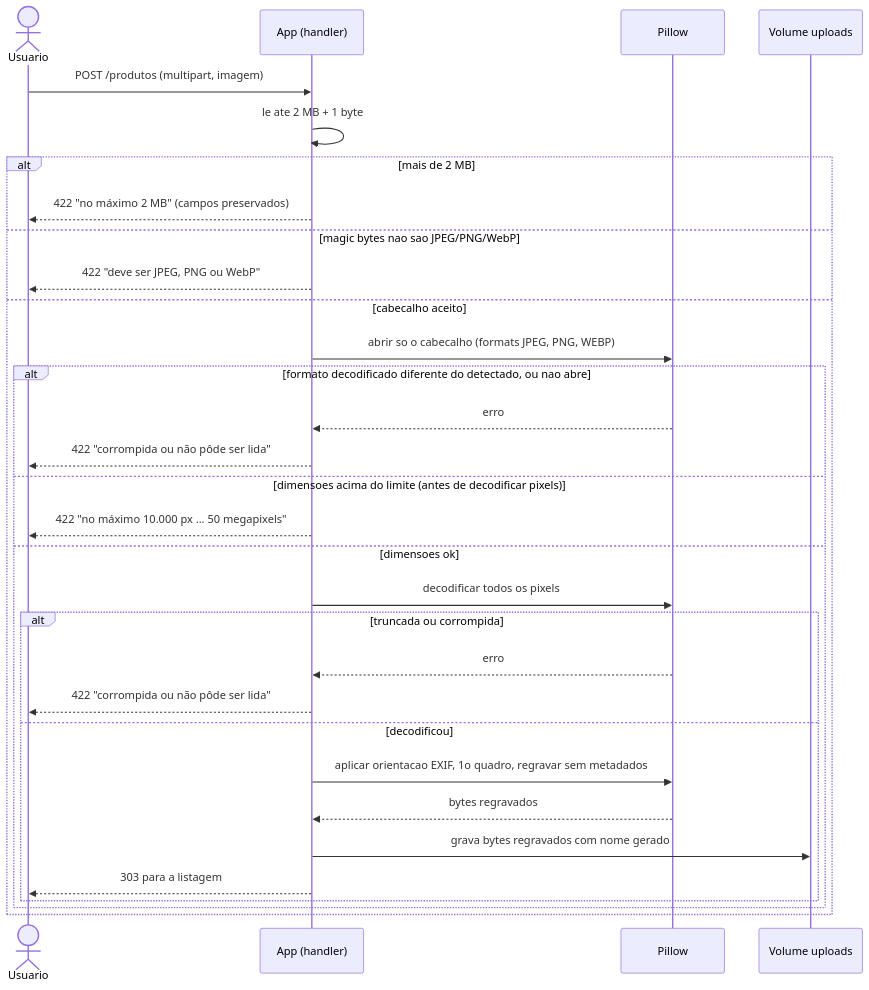
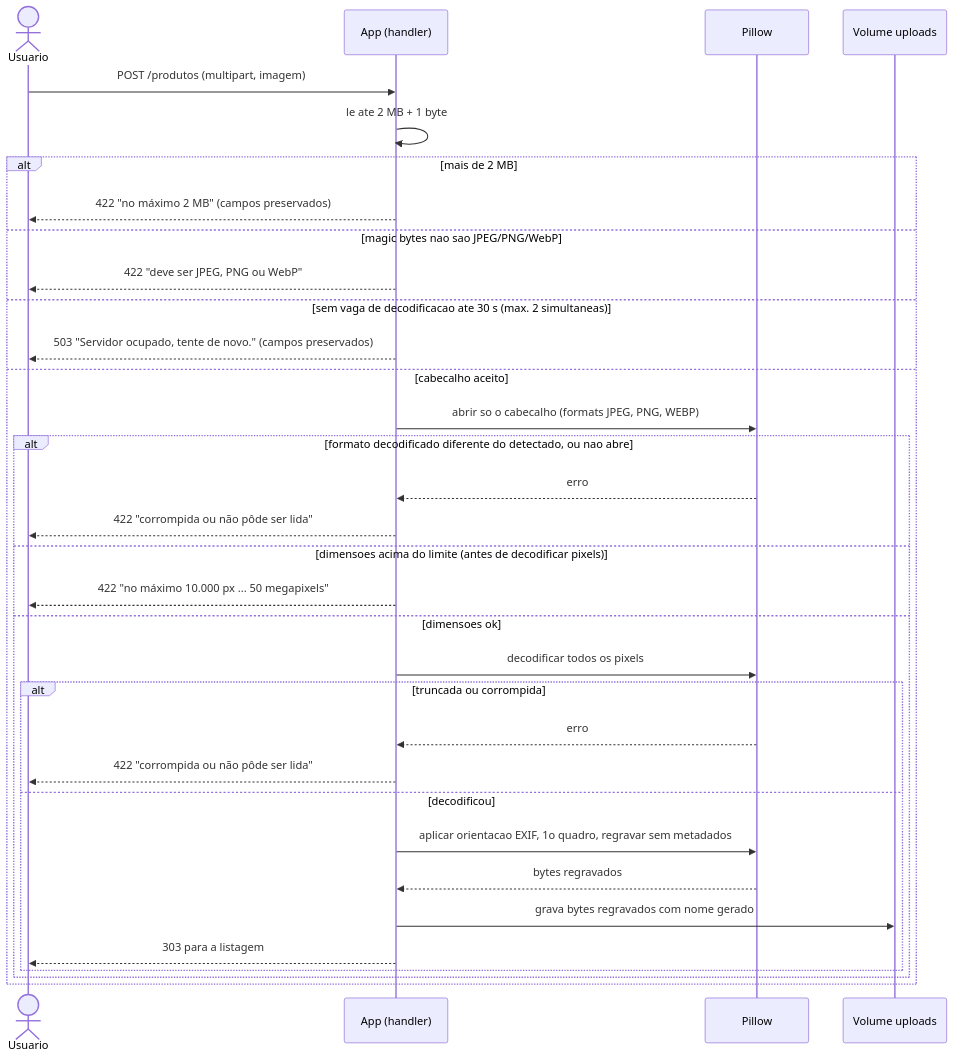
One commit to IgorCdeLima/lab changed the fifth of 6 diagrams in docs/modelos/modelos.md. Above: the diagram before and after it, drawn with Mermaid. The commit also changed other lines of this file and 2 other files, not shown here.

````diff
--- a/docs/modelos/modelos.md
+++ b/docs/modelos/modelos.md
@@ -68,33 +68,35 @@
 ```mermaid
 sequenceDiagram
     actor U as Usuario
     participant A as App (handler)
     participant P as Pillow
     participant V as Volume uploads
     U->>A: POST /produtos (multipart, imagem)
     A->>A: le ate 2 MB + 1 byte
     alt mais de 2 MB
         A-->>U: 422 "no máximo 2 MB" (campos preservados)
     else magic bytes nao sao JPEG/PNG/WebP
         A-->>U: 422 "deve ser JPEG, PNG ou WebP"
+    else sem vaga de decodificacao ate 30 s (max. 2 simultaneas)
+        A-->>U: 503 "Servidor ocupado, tente de novo." (campos preservados)
     else cabecalho aceito
         A->>P: abrir so o cabecalho (formats JPEG, PNG, WEBP)
         alt formato decodificado diferente do detectado, ou nao abre
             P-->>A: erro
             A-->>U: 422 "corrompida ou não pôde ser lida"
         else dimensoes acima do limite (antes de decodificar pixels)
             A-->>U: 422 "no máximo 10.000 px ... 50 megapixels"
         else dimensoes ok
             A->>P: decodificar todos os pixels
             alt truncada ou corrompida
                 P-->>A: erro
                 A-->>U: 422 "corrompida ou não pôde ser lida"
             else decodificou
                 A->>P: aplicar orientacao EXIF, 1o quadro, regravar sem metadados
                 P-->>A: bytes regravados
                 A->>V: grava bytes regravados com nome gerado
                 A-->>U: 303 para a listagem
             end
         end
     end
 ```
````
